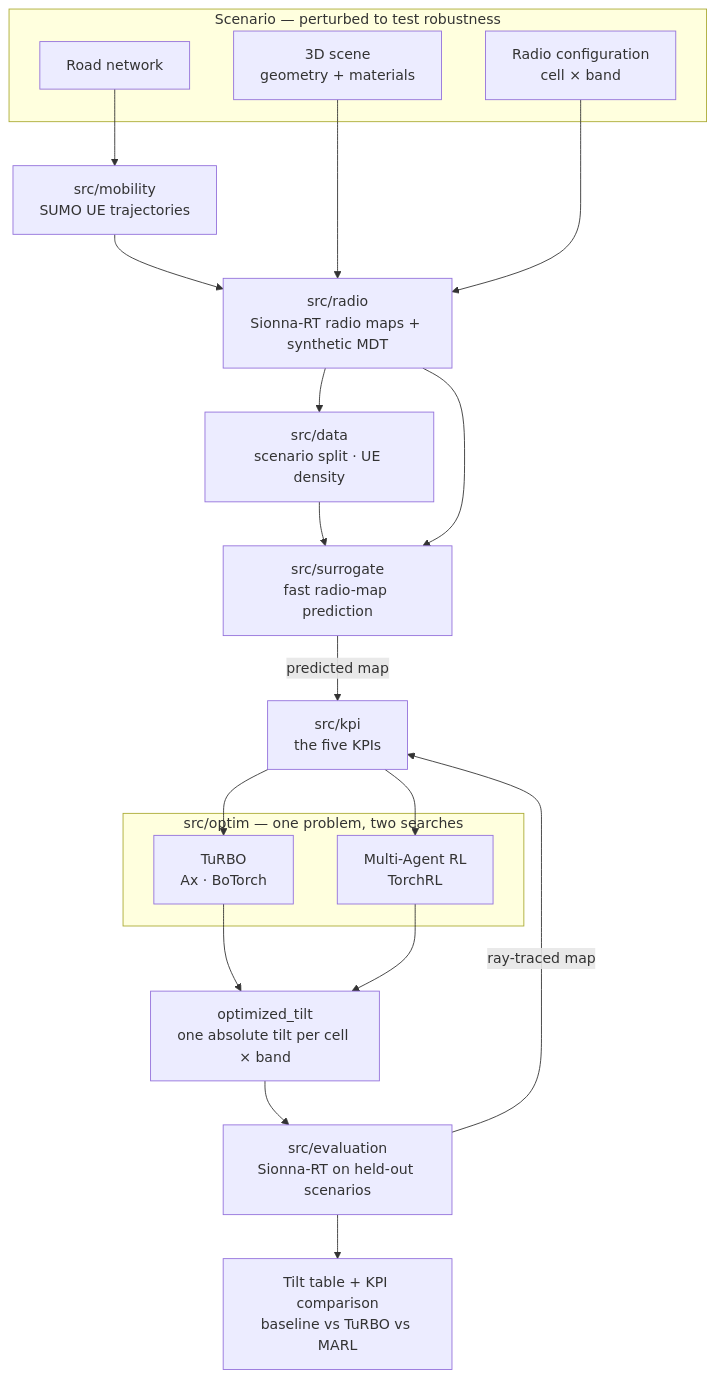
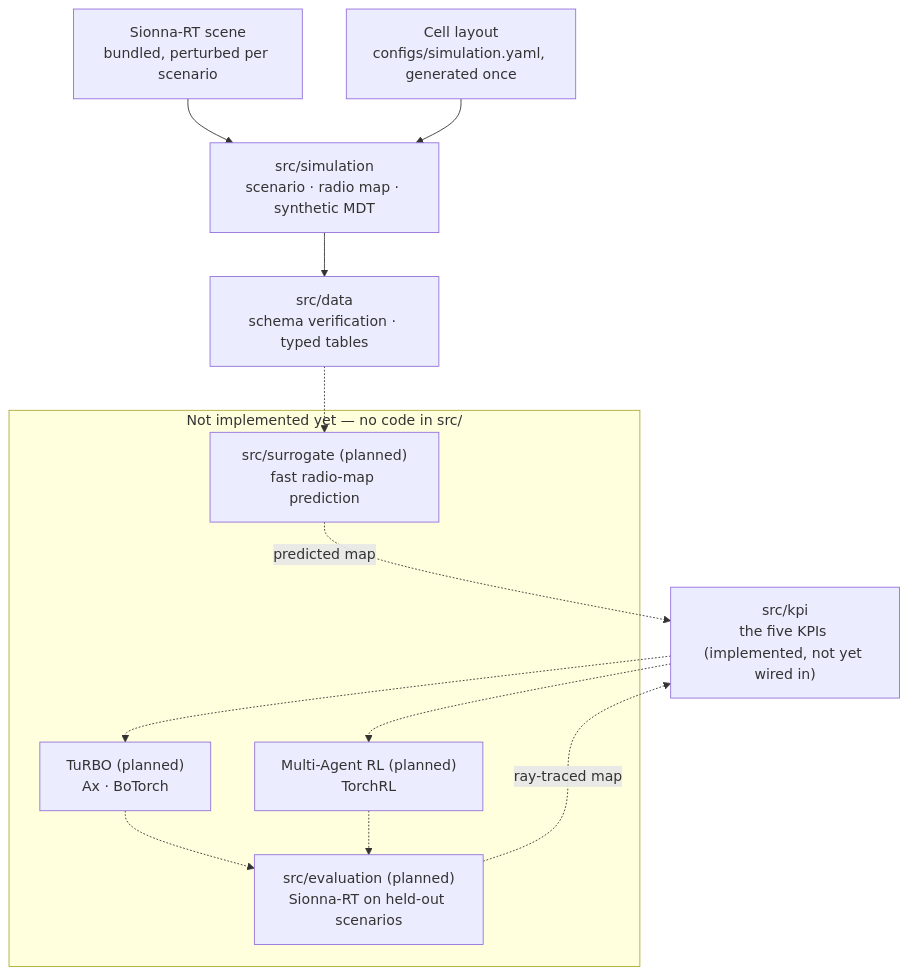
One commit to NguyenVu04/band-tilt changed the diagram in README.md. Above: the diagram before and after it, drawn with Mermaid. The commit also changed other lines of this file and 1 other file, not shown here.

Commit message:
feat: add preprocessing pipeline and supporting simulation and EDA notebooks

````diff
--- a/README.md
+++ b/README.md
@@ -130,39 +134,27 @@
 ```mermaid
 flowchart TB
-    subgraph inputs["Scenario — perturbed to test robustness"]
-        scene["3D scene<br/>geometry + materials"]
-        radio["Radio configuration<br/>cell × band"]
-        roads["Road network"]
+    scene["Sionna-RT scene<br/>bundled, perturbed per scenario"]
+    cells["Cell layout<br/>configs/simulation.yaml, generated once"]
+
+    sim["src/simulation<br/>scenario · radio map · synthetic MDT"]
+    prep["src/data<br/>schema verification · typed tables"]
+    kpi["src/kpi<br/>the five KPIs (implemented, not yet wired in)"]
+
+    subgraph future["Not implemented yet — no code in src/"]
+        sur["src/surrogate (planned)<br/>fast radio-map prediction"]
+        bo["TuRBO (planned)<br/>Ax · BoTorch"]
+        marl["Multi-Agent RL (planned)<br/>TorchRL"]
+        val["src/evaluation (planned)<br/>Sionna-RT on held-out scenarios"]
     end
 
-    sumo["src/mobility<br/>SUMO UE trajectories"]
-    rt["src/radio<br/>Sionna-RT radio maps + synthetic MDT"]
-    prep["src/data<br/>scenario split · UE density"]
-    kpi["src/kpi<br/>the five KPIs"]
-    sur["src/surrogate<br/>fast radio-map prediction"]
-
-    subgraph opt["src/optim — one problem, two searches"]
-        bo["TuRBO<br/>Ax · BoTorch"]
-        marl["Multi-Agent RL<br/>TorchRL"]
-    end
-
-    tilt["optimized_tilt<br/>one absolute tilt per cell × band"]
-    val["src/evaluation<br/>Sionna-RT on held-out scenarios"]
-    out["Tilt table + KPI comparison<br/>baseline vs TuRBO vs MARL"]
-
-    roads --> sumo
-    sumo --> rt
-    scene --> rt
-    radio --> rt
-    rt --> prep
-    prep --> sur
-    rt --> sur
-    sur -->|predicted map| kpi
-    kpi --> bo
-    kpi --> marl
-    bo --> tilt
-    marl --> tilt
-    tilt --> val
-    val -->|ray-traced map| kpi
-    val --> out
+    scene --> sim
+    cells --> sim
+    sim --> prep
+    prep -.-> sur
+    sur -.->|predicted map| kpi
+    kpi -.-> bo
+    kpi -.-> marl
+    bo -.-> val
+    marl -.-> val
+    val -.->|ray-traced map| kpi
 ```
````
